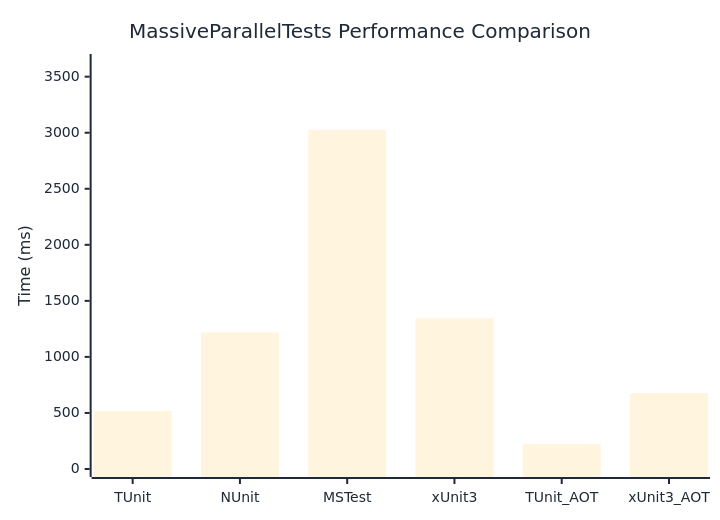
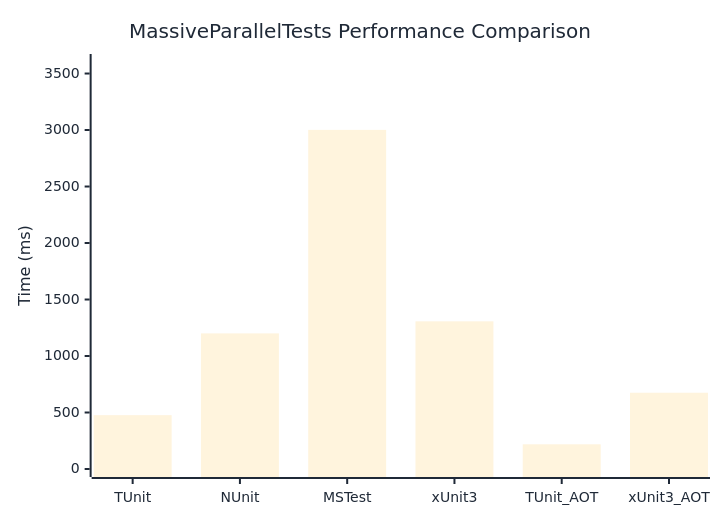
The diagram in docs/docs/benchmarks/engine/MassiveParallelTests.md (thomhurst/TUnit), drawn with Mermaid before and after one commit. The commit also changed other lines of this file and 18 other files, not shown here.

````diff
--- a/docs/docs/benchmarks/engine/MassiveParallelTests.md
+++ b/docs/docs/benchmarks/engine/MassiveParallelTests.md
@@ -30,37 +30,37 @@
 ```mermaid
 %%{init: {
   'theme':'base',
   'themeVariables': {
     'primaryColor': '#2563eb',
     'primaryTextColor': '#1f2937',
     'primaryBorderColor': '#1e40af',
     'lineColor': '#6b7280',
     'secondaryColor': '#7c3aed',
     'tertiaryColor': '#dc2626',
     'background': '#ffffff',
     'mainBkg': '#2563eb',
     'secondBkg': '#7c3aed',
     'tertiaryBkg': '#dc2626',
     'clusterBkg': '#f3f4f6',
     'edgeLabelBackground': '#ffffff',
     'tertiaryTextColor': '#1f2937',
     'pie1': '#2563eb',
     'pie2': '#7c3aed',
     'pie3': '#dc2626',
     'pie4': '#f59e0b',
     'pie5': '#10b981',
     'pie6': '#06b6d4',
     'pie7': '#ec4899',
     'pie8': '#6366f1',
     'pie9': '#84cc16',
     'pie10': '#f97316',
     'pie11': '#14b8a6',
     'pie12': '#a855f7'
   }
 }}%%
 xychart-beta
   title "MassiveParallelTests Performance Comparison"
   x-axis ["TUnit", "NUnit", "MSTest", "xUnit3", "TUnit_AOT", "xUnit3_AOT"]
-  y-axis "Time (ms)" 0 --> 3631
-  bar [517.1, 1218.2, 3025.7, 1344.2, 220.9, 676.6]
+  y-axis "Time (ms)" 0 --> 3602
+  bar [476.5, 1200.2, 3001.3, 1307, 218.6, 675]
 ```
````
